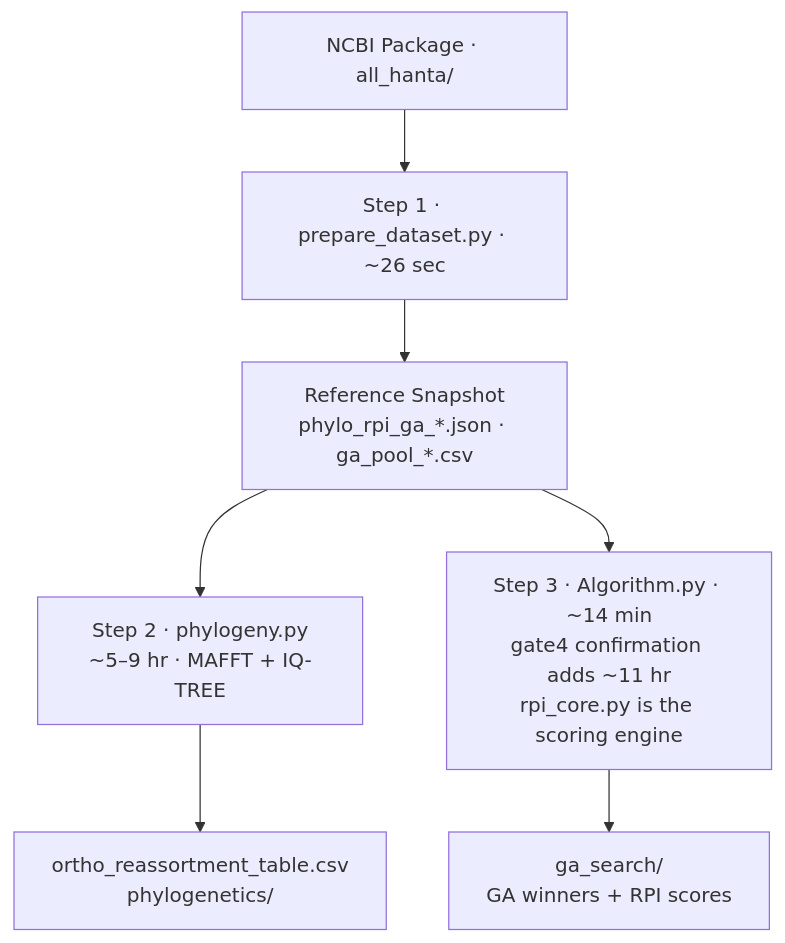
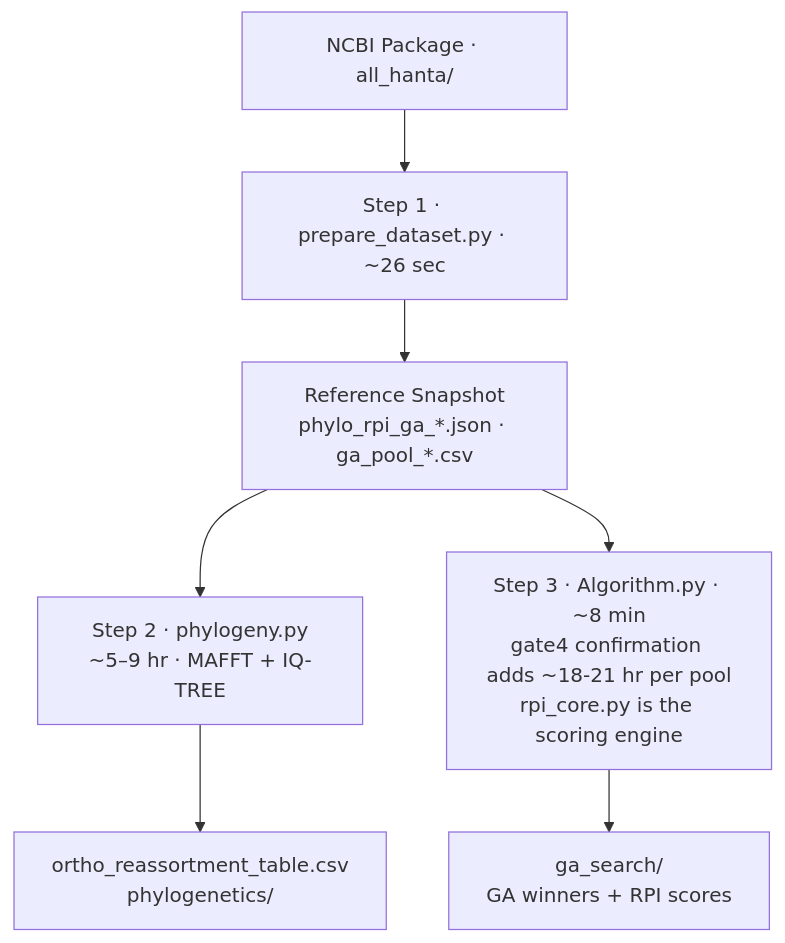
The diagram in README.md (arman-daliri/Orthohantavirus), drawn with Mermaid before and after one commit. The commit also changed other lines of this file, not shown here.

````diff
--- a/README.md
+++ b/README.md
@@ -13,17 +13,17 @@
 ```mermaid
 flowchart TD
     A["NCBI Package · all_hanta/"]
     B["Step 1 · prepare_dataset.py · ~26 sec"]
     C["Reference Snapshot\nphylo_rpi_ga_*.json · ga_pool_*.csv"]
     D["Step 2 · phylogeny.py\n~5–9 hr · MAFFT + IQ-TREE"]
-    E["Step 3 · Algorithm.py · ~14 min\ngate4 confirmation adds ~11 hr\nrpi_core.py is the scoring engine"]
+    E["Step 3 · Algorithm.py · ~8 min\ngate4 confirmation adds ~18-21 hr per pool\nrpi_core.py is the scoring engine"]
     F["ortho_reassortment_table.csv\nphylogenetics/"]
     G["ga_search/\nGA winners + RPI scores"]
 
     A --> B
     B --> C
     C --> D
     C --> E
     D --> F
     E --> G
 ```
````
